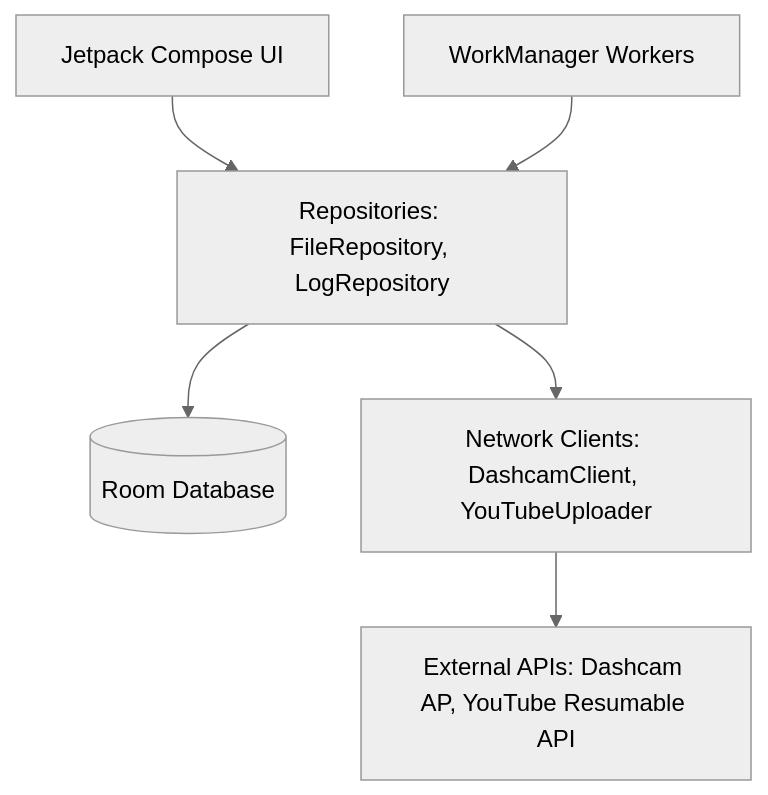
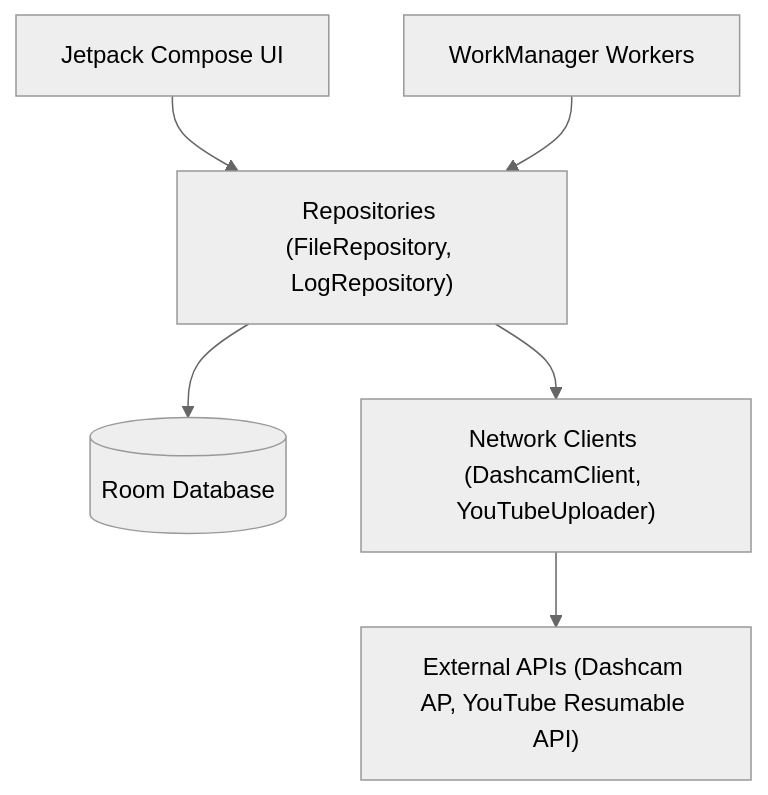
The diagram in README.md (AkhzarFarhan/uDash), drawn with Mermaid (neutral theme) before and after one commit.

Commit message:
Architecture render fixed

````diff
--- a/README.md
+++ b/README.md
@@ -41,8 +41,8 @@
 ```mermaid
 graph TD
-    UI[Jetpack Compose UI] --> Repos[Repositories: FileRepository, LogRepository]
-    Workers[WorkManager Workers] --> Repos
-    Repos --> DB[(Room Database)]
-    Repos --> Net[Network Clients: DashcamClient, YouTubeUploader]
-    Net --> API[External APIs: Dashcam AP, YouTube Resumable API]
+    UI["Jetpack Compose UI"] --> Repos["Repositories (FileRepository, LogRepository)"]
+    Workers["WorkManager Workers"] --> Repos
+    Repos --> DB[("Room Database")]
+    Repos --> Net["Network Clients (DashcamClient, YouTubeUploader)"]
+    Net --> API["External APIs (Dashcam AP, YouTube Resumable API)"]
 ```
````
